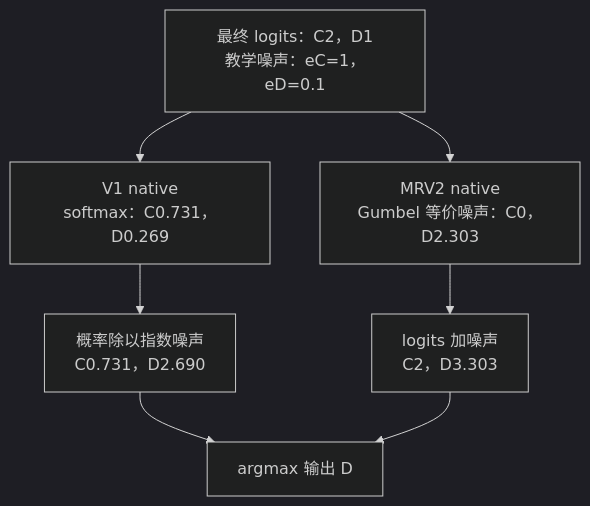
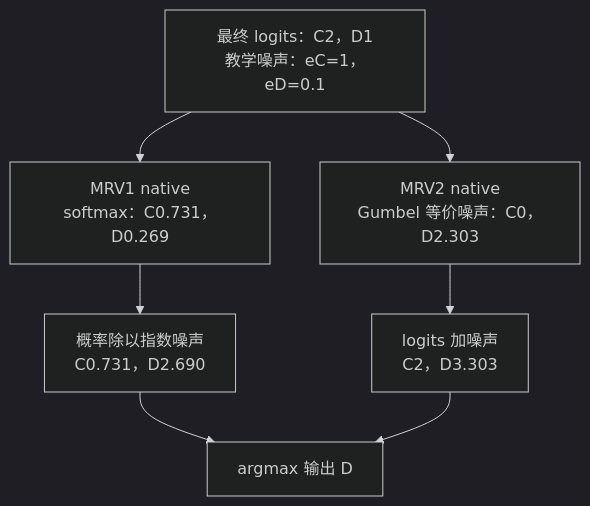
Before and after one commit to suhaibo666/llm-knowledge: the fourth of 6 diagrams in wiki/02_engineering/03_infer_frameworks/vllm/14_vllm_sampling_structured_output_analysis.md, drawn with Mermaid (dark theme). The commit also changed other lines of this file and 59 other files, not shown here.

````diff
--- a/wiki/02_engineering/03_infer_frameworks/vllm/14_vllm_sampling_structured_output_analysis.md
+++ b/wiki/02_engineering/03_infer_frameworks/vllm/14_vllm_sampling_structured_output_analysis.md
@@ -210,9 +213,9 @@
 ```mermaid
 flowchart TB
-    L["最终 logits：C2，D1<br/>教学噪声：eC=1，eD=0.1"] --> V["V1 native<br/>softmax：C0.731，D0.269"]
+    L["最终 logits：C2，D1<br/>教学噪声：eC=1，eD=0.1"] --> V["MRV1 native<br/>softmax：C0.731，D0.269"]
     V --> E["概率除以指数噪声<br/>C0.731，D2.690"]
     E --> D["argmax 输出 D"]
     L --> G["MRV2 native<br/>Gumbel 等价噪声：C0，D2.303"]
     G --> A["logits 加噪声<br/>C2，D3.303"]
     A --> D
 ```
````
